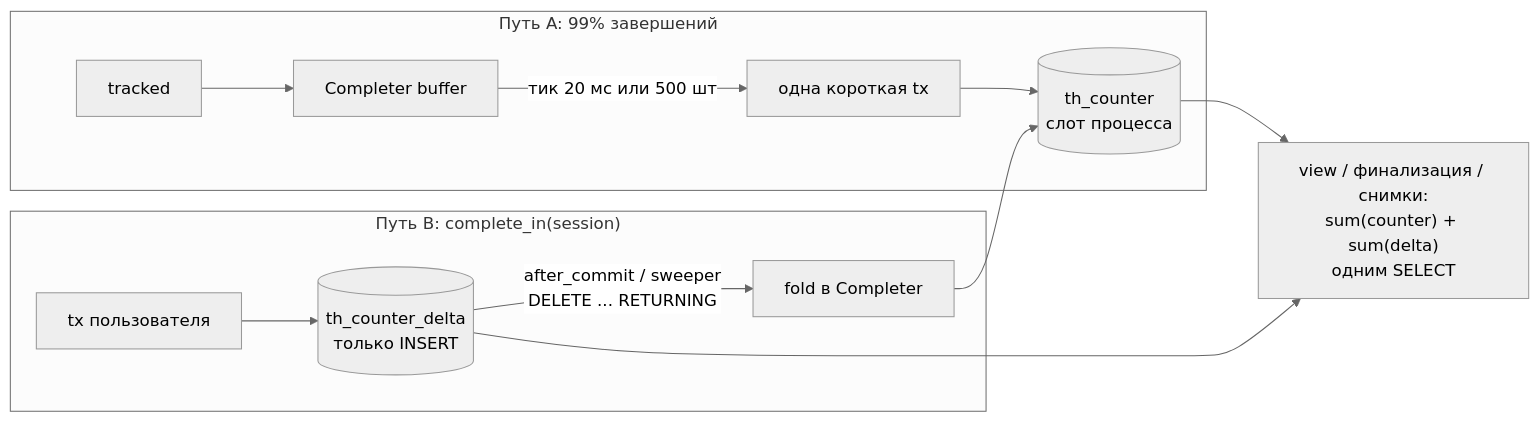
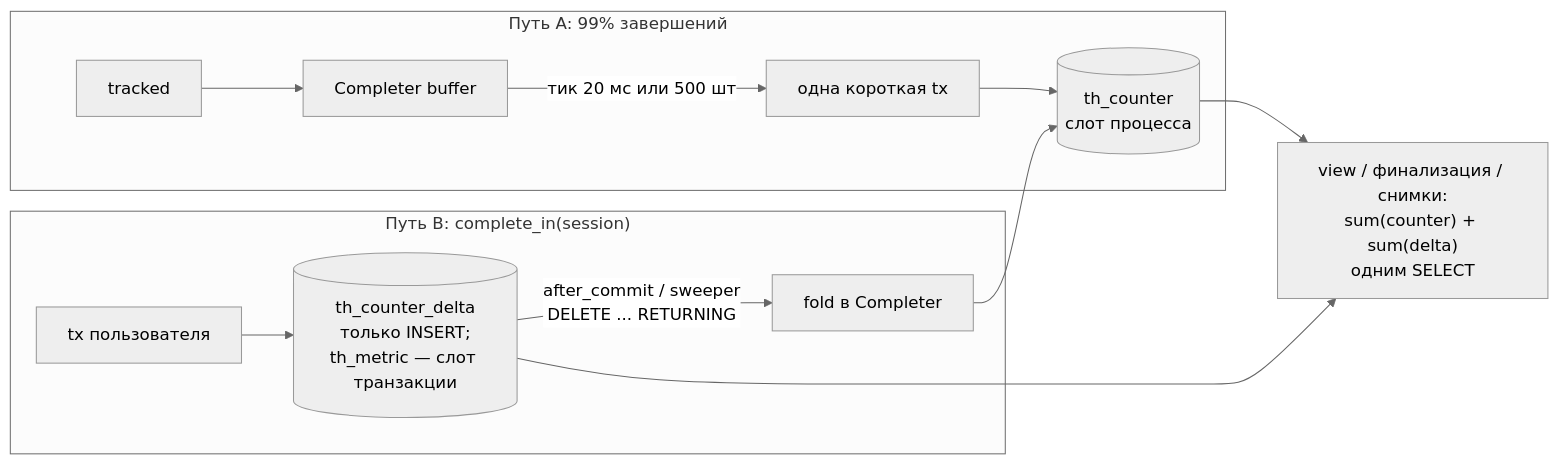
Diagram 31 of 40 in docs/ARCHITECTURE.md (0cherednoq/Tallyho), drawn with Mermaid (neutral theme) before and after one commit. The commit also changed other lines of this file, not shown here.

First line of the commit message:
Fix-20: путь B не трогает th_lease и горячий слот th_metric

````diff
--- a/docs/ARCHITECTURE.md
+++ b/docs/ARCHITECTURE.md
@@ -1429,15 +1431,15 @@
 ```mermaid
 flowchart LR
     subgraph A["Путь A: 99% завершений"]
         a1["tracked"] --> a2["Completer buffer"]
         a2 -->|"тик 20 мс или 500 шт"| a3["одна короткая tx"]
         a3 --> ctr[("th_counter<br/>слот процесса")]
     end
     subgraph B["Путь B: complete_in(session)"]
-        b1["tx пользователя"] --> b2[("th_counter_delta<br/>только INSERT")]
+        b1["tx пользователя"] --> b2[("th_counter_delta<br/>только INSERT;<br/>th_metric — слот транзакции")]
         b2 -->|"after_commit / sweeper<br/>DELETE ... RETURNING"| fold["fold в Completer"]
         fold --> ctr
     end
     ctr --> read["view / финализация / снимки:<br/>sum(counter) + sum(delta)<br/>одним SELECT"]
     b2 --> read
 ```
````
